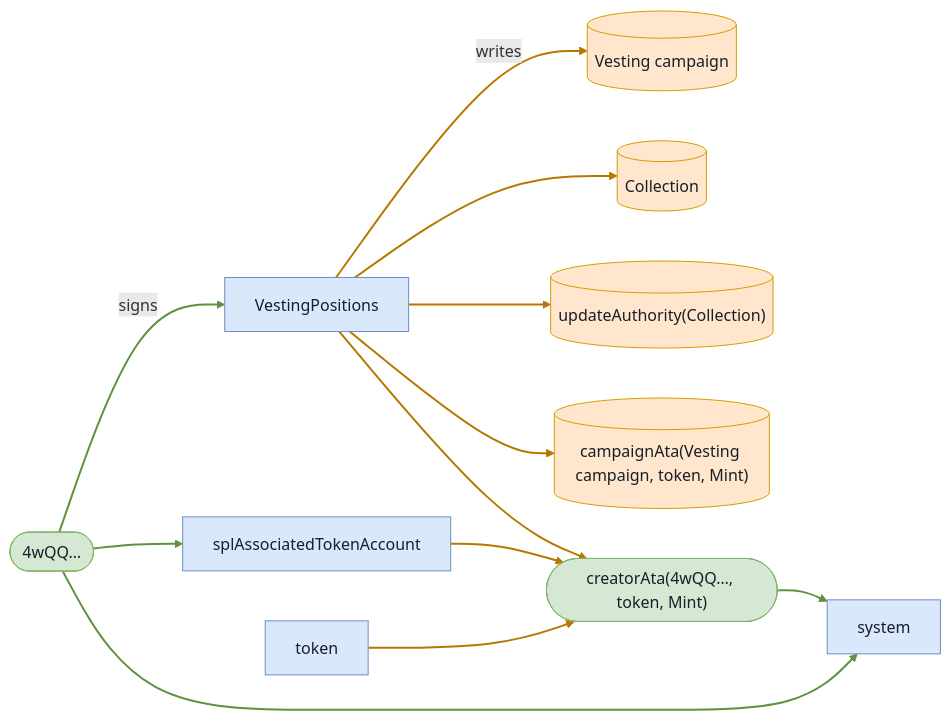
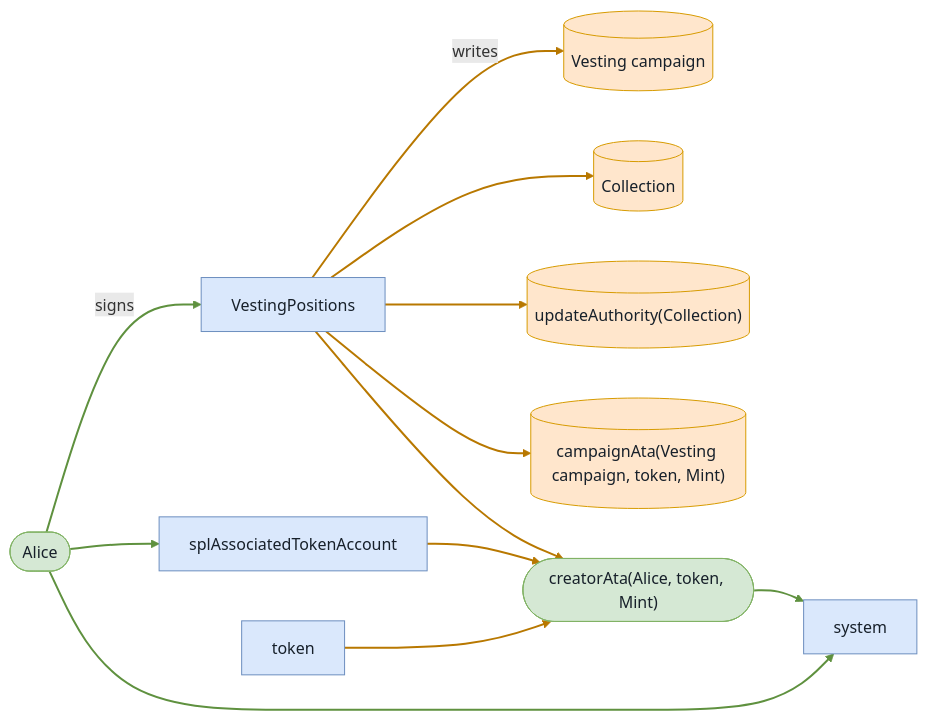
Before and after one commit to cds-turbin3/vesting-position: the fifth of 6 diagrams in babelfish-tests/test-report/cancel_campaign_requires_creator.md, drawn with Mermaid. The commit also changed other lines of this file and 104 other files, not shown here.

````diff
--- a/babelfish-tests/test-report/cancel_campaign_requires_creator.md
+++ b/babelfish-tests/test-report/cancel_campaign_requires_creator.md
@@ -239,29 +241,29 @@
 ```mermaid
 flowchart LR
     VestingPositions["VestingPositions"]:::program
-    n4wQQ(["4wQQ…"]):::signer
+    Alice(["Alice"]):::signer
     Vestingcampaign[("Vesting campaign")]:::state
     Collection[("Collection")]:::state
     updateAuthorityCollection[("updateAuthority(Collection)")]:::state
     campaignAtaVestingcampaigntokenMint[("campaignAta(Vesting campaign, token, Mint)")]:::state
-    creatorAta4wQQtokenMint(["creatorAta(4wQQ…, token, Mint)"]):::signer
+    creatorAtaAlicetokenMint(["creatorAta(Alice, token, Mint)"]):::signer
     splAssociatedTokenAccount["splAssociatedTokenAccount"]:::program
     token["token"]:::program
     system["system"]:::program
-    n4wQQ -->|signs| VestingPositions
+    Alice -->|signs| VestingPositions
     VestingPositions -->|writes| Vestingcampaign
     VestingPositions --> Collection
     VestingPositions --> updateAuthorityCollection
     VestingPositions --> campaignAtaVestingcampaigntokenMint
-    VestingPositions --> creatorAta4wQQtokenMint
-    n4wQQ --> splAssociatedTokenAccount
-    splAssociatedTokenAccount --> creatorAta4wQQtokenMint
-    n4wQQ --> system
-    creatorAta4wQQtokenMint --> system
-    token --> creatorAta4wQQtokenMint
+    VestingPositions --> creatorAtaAlicetokenMint
+    Alice --> splAssociatedTokenAccount
+    splAssociatedTokenAccount --> creatorAtaAlicetokenMint
+    Alice --> system
+    creatorAtaAlicetokenMint --> system
+    token --> creatorAtaAlicetokenMint
     classDef program fill:#dae8fc,stroke:#6c8ebf,color:#17202a;
     classDef signer fill:#d5e8d4,stroke:#82b366,color:#17202a;
     classDef state fill:#ffe6cc,stroke:#d79b00,color:#17202a;
     linkStyle 0,6,8,9 stroke:#5f913f,stroke-width:2px
     linkStyle 1,2,3,4,5,7,10 stroke:#b87800,stroke-width:2px
 ```
````
